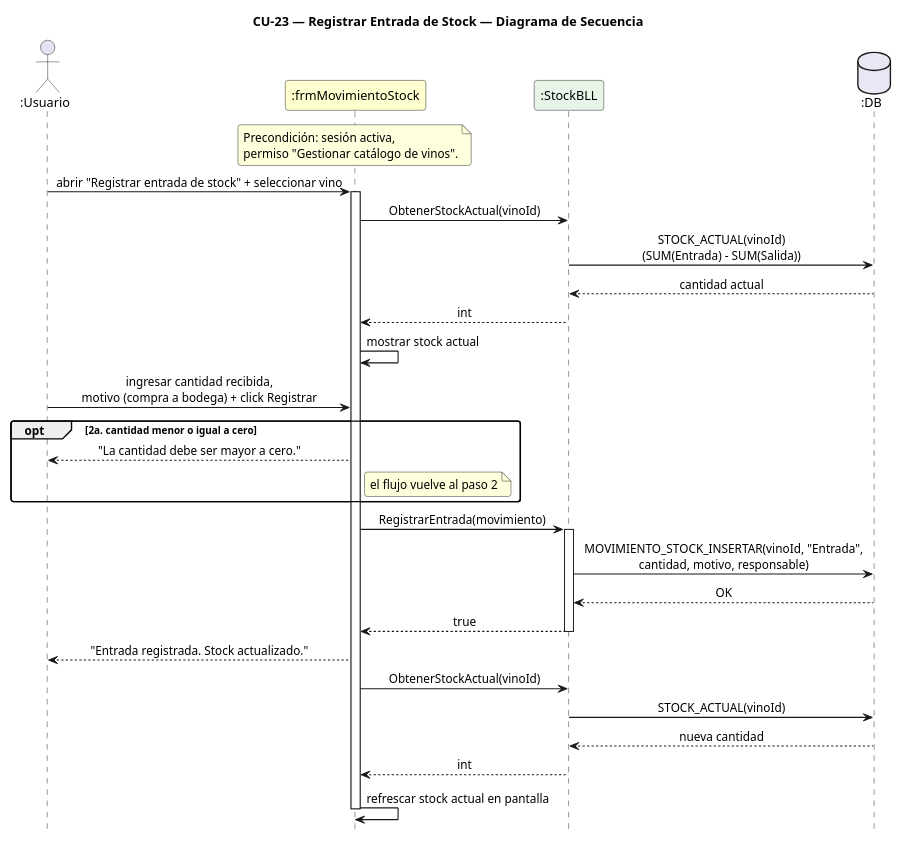
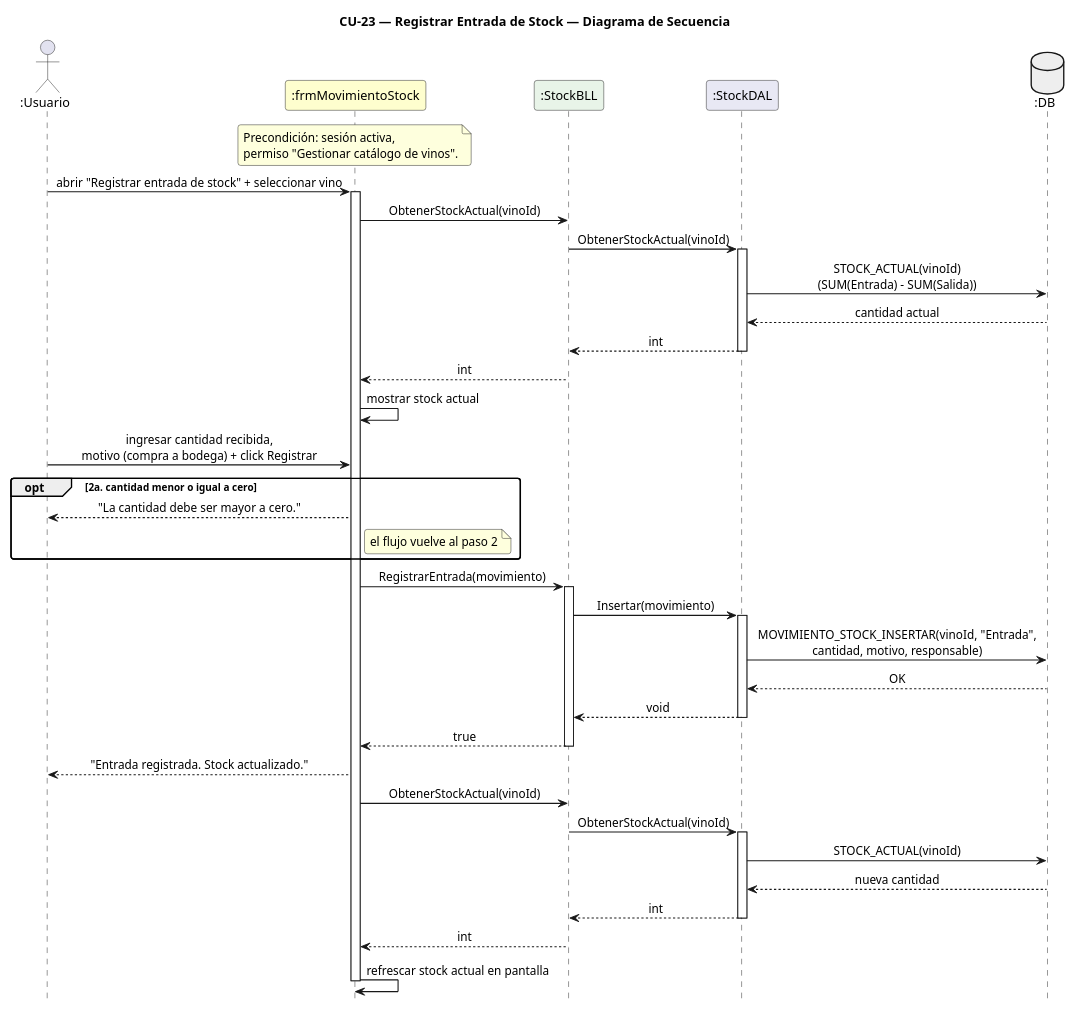
Before and after one commit to Jesifu/club-de-vinos-td: the diagram in DIAGRAMAS/DiagramaSecuencia_CU23_RegistrarMovimientoStock.puml, drawn with PlantUML. The commit also changed 17 other files, not shown here.

First line of the commit message:
docs: split alta/descontinuacion CU diagrams into CU21-27 and add CU27

```diff
--- a/DIAGRAMAS/DiagramaSecuencia_CU23_RegistrarMovimientoStock.puml
+++ b/DIAGRAMAS/DiagramaSecuencia_CU23_RegistrarMovimientoStock.puml
@@ -1,51 +1,64 @@
 @startuml DiagramaSecuencia_CU23_RegistrarMovimientoStock
 
 title CU-23 — Registrar Entrada de Stock — Diagrama de Secuencia
 
 skinparam shadowing false
 skinparam roundcorner 6
 skinparam sequenceArrowThickness 1.2
 skinparam sequenceMessageAlign center
 hide footbox
 scale 0.8
 
 actor       ":Usuario"            as U
 participant ":frmMovimientoStock" as FM #FEFECE
 participant ":StockBLL"           as SB #E8F4E8
-database    ":DB"                 as DB #E8E8F4
+participant ":StockDAL"           as SD #E8E8F4
+database    ":DB"                 as DB #EEEEEE
 
 note over FM
   Precondición: sesión activa,
   permiso "Gestionar catálogo de vinos".
 end note
 
 U -> FM : abrir "Registrar entrada de stock" + seleccionar vino
 activate FM
 FM -> SB : ObtenerStockActual(vinoId)
-SB -> DB : STOCK_ACTUAL(vinoId)\n(SUM(Entrada) - SUM(Salida))
-DB --> SB : cantidad actual
+SB -> SD : ObtenerStockActual(vinoId)
+activate SD
+SD -> DB : STOCK_ACTUAL(vinoId)\n(SUM(Entrada) - SUM(Salida))
+DB --> SD : cantidad actual
+SD --> SB : int
+deactivate SD
 SB --> FM : int
 FM -> FM : mostrar stock actual
 
 U -> FM : ingresar cantidad recibida,\nmotivo (compra a bodega) + click Registrar
 
 opt 2a. cantidad menor o igual a cero
   FM --> U : "La cantidad debe ser mayor a cero."
   note right of FM : el flujo vuelve al paso 2
 end
 
 FM -> SB : RegistrarEntrada(movimiento)
 activate SB
-SB -> DB : MOVIMIENTO_STOCK_INSERTAR(vinoId, "Entrada",\ncantidad, motivo, responsable)
-DB --> SB : OK
+SB -> SD : Insertar(movimiento)
+activate SD
+SD -> DB : MOVIMIENTO_STOCK_INSERTAR(vinoId, "Entrada",\ncantidad, motivo, responsable)
+DB --> SD : OK
+SD --> SB : void
+deactivate SD
 SB --> FM : true
 deactivate SB
 FM --> U : "Entrada registrada. Stock actualizado."
 FM -> SB : ObtenerStockActual(vinoId)
-SB -> DB : STOCK_ACTUAL(vinoId)
-DB --> SB : nueva cantidad
+SB -> SD : ObtenerStockActual(vinoId)
+activate SD
+SD -> DB : STOCK_ACTUAL(vinoId)
+DB --> SD : nueva cantidad
+SD --> SB : int
+deactivate SD
 SB --> FM : int
 FM -> FM : refrescar stock actual en pantalla
 deactivate FM
 
 @enduml
```
